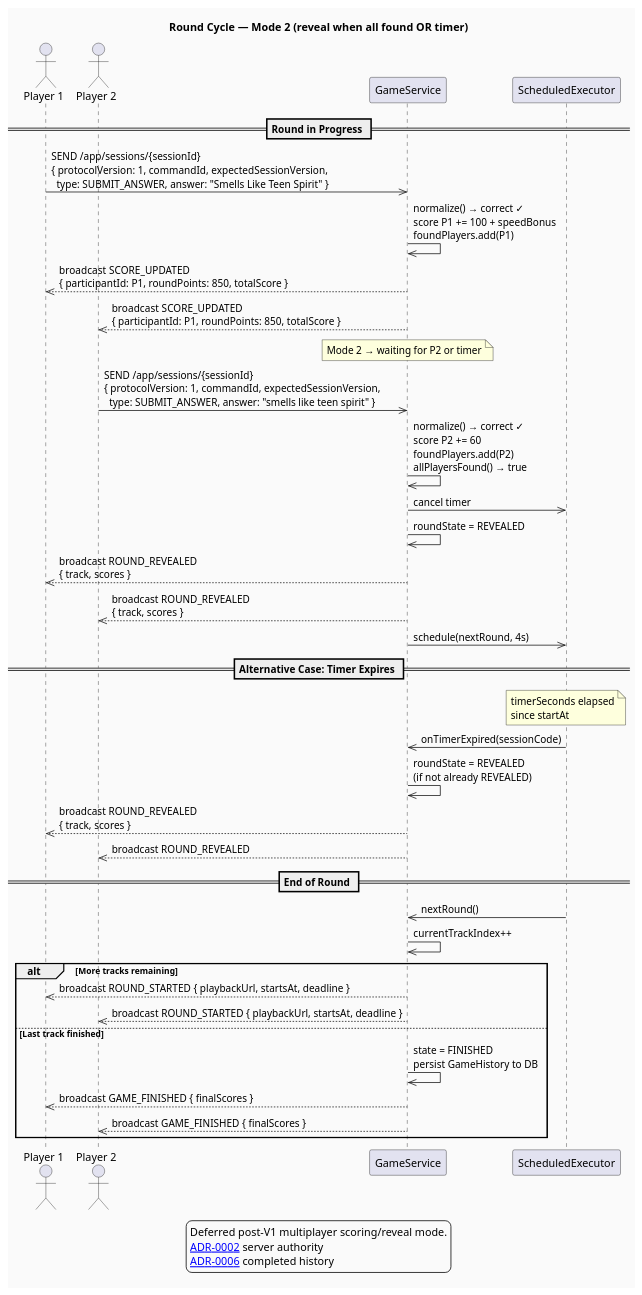
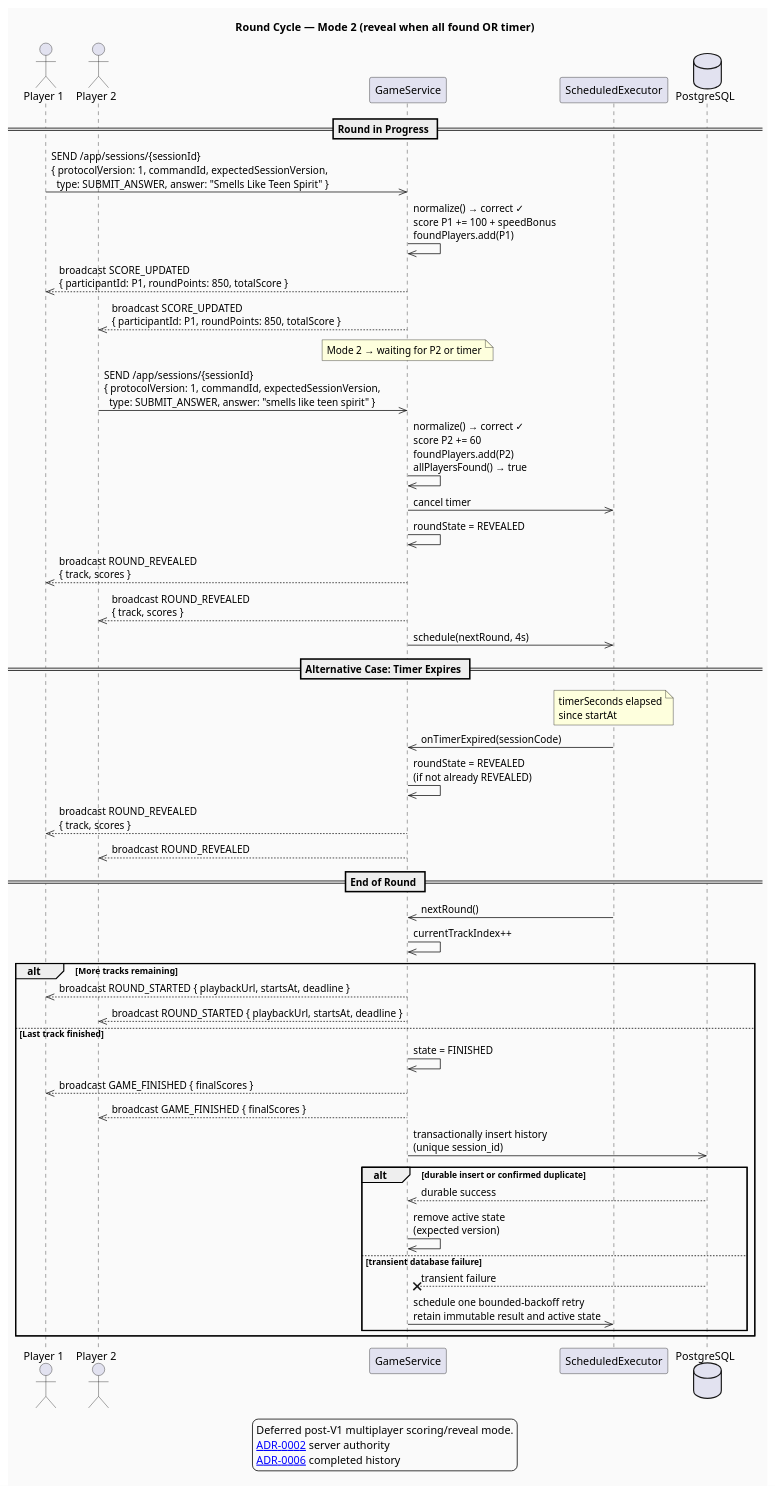
The third of 5 diagrams in docs/diagrams/04-sequences.puml (CyprienJ/blindTest), drawn with PlantUML before and after one commit. The commit also changed 25 other files, not shown here.

```diff
--- a/docs/diagrams/04-sequences.puml
+++ b/docs/diagrams/04-sequences.puml
@@ -115,59 +115,68 @@
 @startuml Sequence - Round Cycle (Mode 2)
 ' Deferred multiplayer mode. ADR-0002 defines server authority and ADR-0006
 ' defines completed history persistence.
 title Round Cycle — Mode 2 (reveal when all found OR timer)
 skinparam backgroundColor #FAFAFA
 
 actor "Player 1" as p1
 actor "Player 2" as p2
 participant "GameService" as gs
 participant "ScheduledExecutor" as sched
+database "PostgreSQL" as pg
 
 legend bottom
   Deferred post-V1 multiplayer scoring/reveal mode.
   [[../adr/0002-server-authoritative-sessions.md ADR-0002]] server authority
   [[../adr/0006-postgresql-history-snapshots.md ADR-0006]] completed history
 endlegend
 
 == Round in Progress ==
 
 p1 ->> gs : SEND /app/sessions/{sessionId}\n{ protocolVersion: 1, commandId, expectedSessionVersion,\n  type: SUBMIT_ANSWER, answer: "Smells Like Teen Spirit" }
 gs ->> gs : normalize() → correct ✓\nscore P1 += 100 + speedBonus\nfoundPlayers.add(P1)
 gs -->> p1 : broadcast SCORE_UPDATED\n{ participantId: P1, roundPoints: 850, totalScore }
 gs -->> p2 : broadcast SCORE_UPDATED\n{ participantId: P1, roundPoints: 850, totalScore }
 
 note over gs : Mode 2 → waiting for P2 or timer
 
 p2 ->> gs : SEND /app/sessions/{sessionId}\n{ protocolVersion: 1, commandId, expectedSessionVersion,\n  type: SUBMIT_ANSWER, answer: "smells like teen spirit" }
 gs ->> gs : normalize() → correct ✓\nscore P2 += 60\nfoundPlayers.add(P2)\nallPlayersFound() → true
 gs ->> sched : cancel timer
 gs ->> gs : roundState = REVEALED
 
 gs -->> p1 : broadcast ROUND_REVEALED\n{ track, scores }
 gs -->> p2 : broadcast ROUND_REVEALED\n{ track, scores }
 
 gs ->> sched : schedule(nextRound, 4s)
 
 == Alternative Case: Timer Expires ==
 
 note over sched : timerSeconds elapsed\nsince startAt
 
 sched ->> gs : onTimerExpired(sessionCode)
 gs ->> gs : roundState = REVEALED\n(if not already REVEALED)
 gs -->> p1 : broadcast ROUND_REVEALED\n{ track, scores }
 gs -->> p2 : broadcast ROUND_REVEALED
 
 == End of Round ==
 
 sched ->> gs : nextRound()
 gs ->> gs : currentTrackIndex++
 alt More tracks remaining
   gs -->> p1 : broadcast ROUND_STARTED { playbackUrl, startsAt, deadline }
   gs -->> p2 : broadcast ROUND_STARTED { playbackUrl, startsAt, deadline }
 else Last track finished
-  gs ->> gs : state = FINISHED\npersist GameHistory to DB
+  gs ->> gs : state = FINISHED
   gs -->> p1 : broadcast GAME_FINISHED { finalScores }
   gs -->> p2 : broadcast GAME_FINISHED { finalScores }
+  gs ->> pg : transactionally insert history\n(unique session_id)
+  alt durable insert or confirmed duplicate
+    pg -->> gs : durable success
+    gs ->> gs : remove active state\n(expected version)
+  else transient database failure
+    pg --x gs : transient failure
+    gs ->> sched : schedule one bounded-backoff retry\nretain immutable result and active state
+  end
 end
 
 @enduml
```
